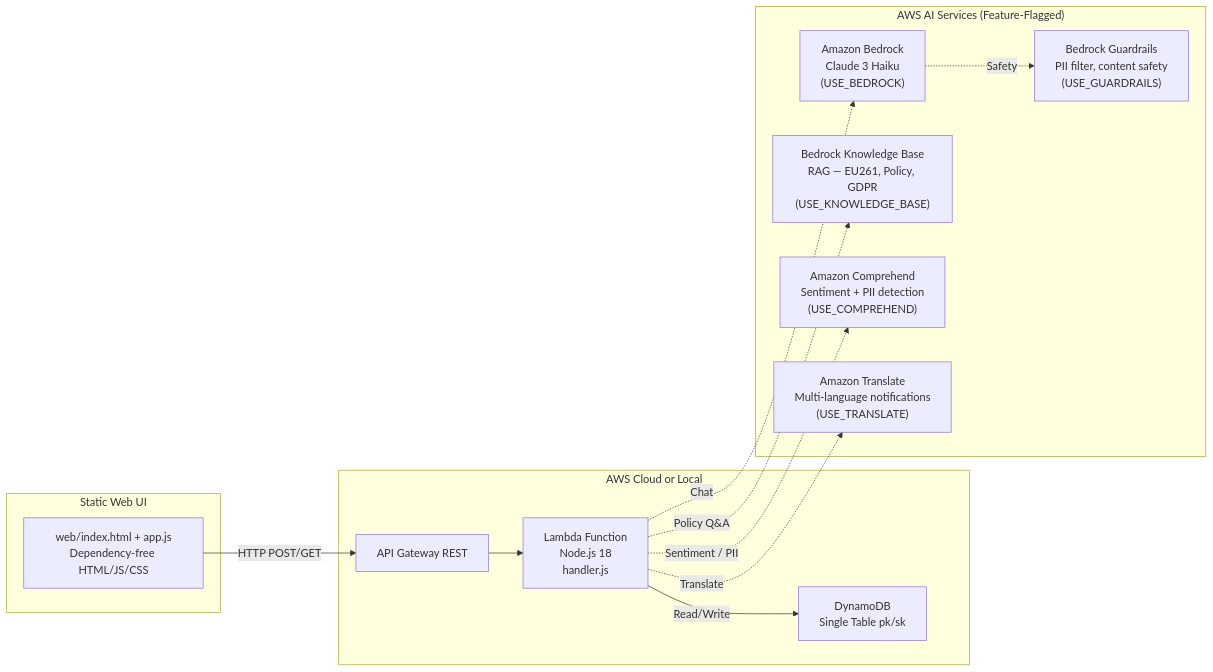
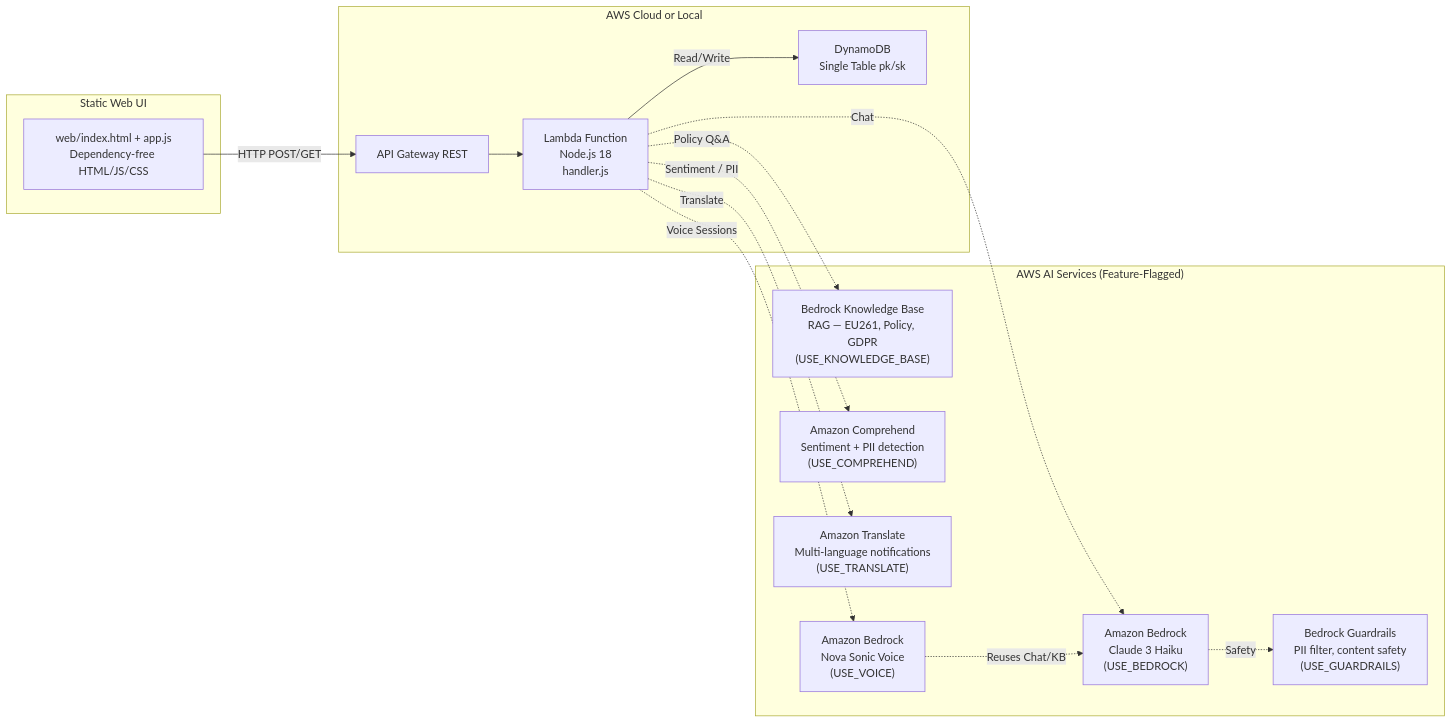
One commit to gtomwag/aws-gen-ai-ic-pia-bootcamp changed the first of 2 diagrams in docs/architecture/solution-architecture.md. Above: the diagram before and after it, drawn with Mermaid. The commit also changed other lines of this file and 8 other files, not shown here.

````diff
--- a/docs/architecture/solution-architecture.md
+++ b/docs/architecture/solution-architecture.md
@@ -13,29 +13,32 @@
 ```mermaid
 graph LR
     subgraph "Static Web UI"
         A["web/index.html + app.js<br>Dependency-free HTML/JS/CSS"]
     end
 
     subgraph "AWS Cloud or Local"
         B["API Gateway REST"]
         C["Lambda Function<br>Node.js 18<br>handler.js"]
         D["DynamoDB<br>Single Table pk/sk"]
     end
 
     subgraph "AWS AI Services (Feature-Flagged)"
         E["Amazon Bedrock<br>Claude 3 Haiku<br>(USE_BEDROCK)"]
         KB["Bedrock Knowledge Base<br>RAG — EU261, Policy, GDPR<br>(USE_KNOWLEDGE_BASE)"]
         BG["Bedrock Guardrails<br>PII filter, content safety<br>(USE_GUARDRAILS)"]
         CO["Amazon Comprehend<br>Sentiment + PII detection<br>(USE_COMPREHEND)"]
         TR["Amazon Translate<br>Multi-language notifications<br>(USE_TRANSLATE)"]
+        VS["Amazon Bedrock<br>Nova Sonic Voice<br>(USE_VOICE)"]
     end
 
     A -->|"HTTP POST/GET"| B
     B --> C
     C -->|"Read/Write"| D
     C -.->|"Chat"| E
     C -.->|"Policy Q&A"| KB
     E -.->|"Safety"| BG
     C -.->|"Sentiment / PII"| CO
     C -.->|"Translate"| TR
+    C -.->|"Voice Sessions"| VS
+    VS -.->|"Reuses Chat/KB"| E
 ```
````
